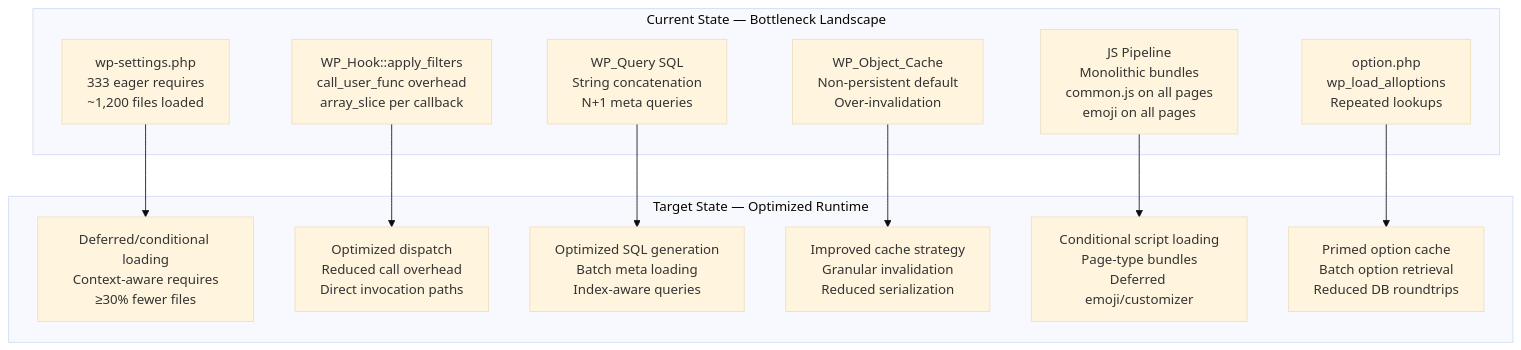
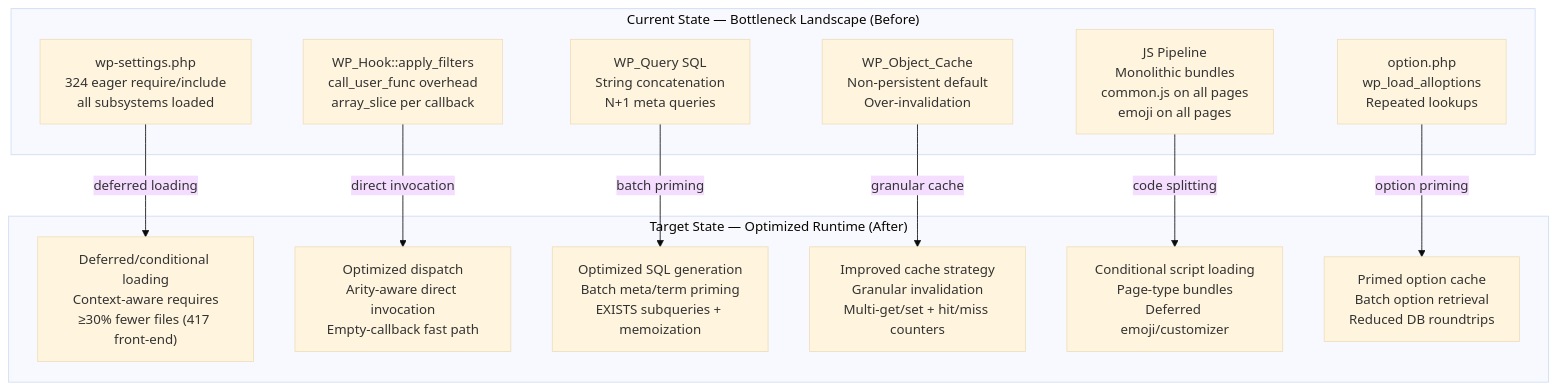
One commit to Blitzy-Sandbox/blitzy-wordpress changed the first of 6 diagrams in docs/technical-specifications.md. Above: the diagram before and after it, drawn with Mermaid (base theme). The commit also changed other lines of this file and 17 other files, not shown here.

First line of the commit message:
perf: optimize runtime hot path, data layer, and admin asset delivery

````diff
--- a/docs/technical-specifications.md
+++ b/docs/technical-specifications.md
@@ -32,27 +34,29 @@
 ```mermaid
 graph TB
-    subgraph CurrentState["Current State — Bottleneck Landscape"]
-        C1["wp-settings.php<br/>333 eager requires<br/>~1,200 files loaded"]
+    %% LEGEND: left subgraph = CURRENT (measured bottlenecks, "before"); right subgraph = TARGET (optimized runtime, "after").
+    %% Each C-node maps via a labeled arrow to its T-node. This is a before/after diagram — never target-state alone.
+    subgraph CurrentState["Current State — Bottleneck Landscape (Before)"]
+        C1["wp-settings.php<br/>324 eager require/include<br/>all subsystems loaded"]
         C2["WP_Hook::apply_filters<br/>call_user_func overhead<br/>array_slice per callback"]
         C3["WP_Query SQL<br/>String concatenation<br/>N+1 meta queries"]
         C4["WP_Object_Cache<br/>Non-persistent default<br/>Over-invalidation"]
         C5["JS Pipeline<br/>Monolithic bundles<br/>common.js on all pages<br/>emoji on all pages"]
         C6["option.php<br/>wp_load_alloptions<br/>Repeated lookups"]
     end
 
-    subgraph TargetState["Target State — Optimized Runtime"]
-        T1["Deferred/conditional loading<br/>Context-aware requires<br/>≥30% fewer files"]
-        T2["Optimized dispatch<br/>Reduced call overhead<br/>Direct invocation paths"]
-        T3["Optimized SQL generation<br/>Batch meta loading<br/>Index-aware queries"]
-        T4["Improved cache strategy<br/>Granular invalidation<br/>Reduced serialization"]
+    subgraph TargetState["Target State — Optimized Runtime (After)"]
+        T1["Deferred/conditional loading<br/>Context-aware requires<br/>≥30% fewer files (417 front-end)"]
+        T2["Optimized dispatch<br/>Arity-aware direct invocation<br/>Empty-callback fast path"]
+        T3["Optimized SQL generation<br/>Batch meta/term priming<br/>EXISTS subqueries + memoization"]
+        T4["Improved cache strategy<br/>Granular invalidation<br/>Multi-get/set + hit/miss counters"]
         T5["Conditional script loading<br/>Page-type bundles<br/>Deferred emoji/customizer"]
         T6["Primed option cache<br/>Batch option retrieval<br/>Reduced DB roundtrips"]
     end
 
-    C1 --> T1
-    C2 --> T2
-    C3 --> T3
-    C4 --> T4
-    C5 --> T5
-    C6 --> T6
+    C1 -->|deferred loading| T1
+    C2 -->|direct invocation| T2
+    C3 -->|batch priming| T3
+    C4 -->|granular cache| T4
+    C5 -->|code splitting| T5
+    C6 -->|option priming| T6
 ```
````
